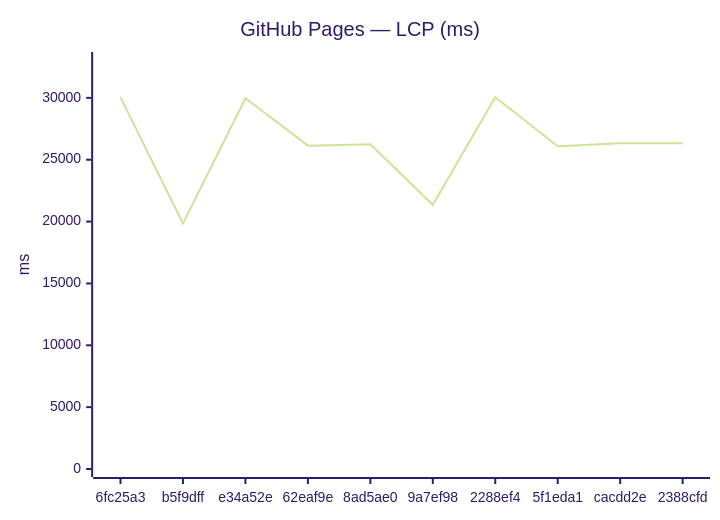
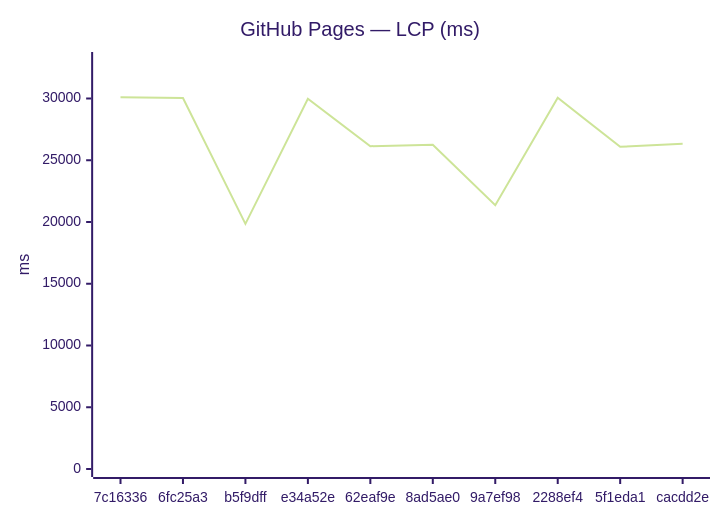
Before and after one commit to Metaheurist/Rianell: the third of 12 diagrams in benchmarks/compare.md, drawn with Mermaid (forest theme). The commit also changed other lines of this file and 8 other files, not shown here.

````diff
--- a/benchmarks/compare.md
+++ b/benchmarks/compare.md
@@ -54,7 +54,7 @@
 ```mermaid
 xychart-beta
     title "GitHub Pages — LCP (ms)"
-    x-axis ["6fc25a3", "b5f9dff", "e34a52e", "62eaf9e", "8ad5ae0", "9a7ef98", "2288ef4", "5f1eda1", "cacdd2e", "2388cfd"]
-    y-axis "ms" 0 --> 33062
-    line [30044, 19849, 29974, 26139, 26251, 21355, 30056, 26085, 26327, 26326]
+    x-axis ["7c16336", "6fc25a3", "b5f9dff", "e34a52e", "62eaf9e", "8ad5ae0", "9a7ef98", "2288ef4", "5f1eda1", "cacdd2e"]
+    y-axis "ms" 0 --> 33117
+    line [30106, 30044, 19849, 29974, 26139, 26251, 21355, 30056, 26085, 26327]
 ```
````
